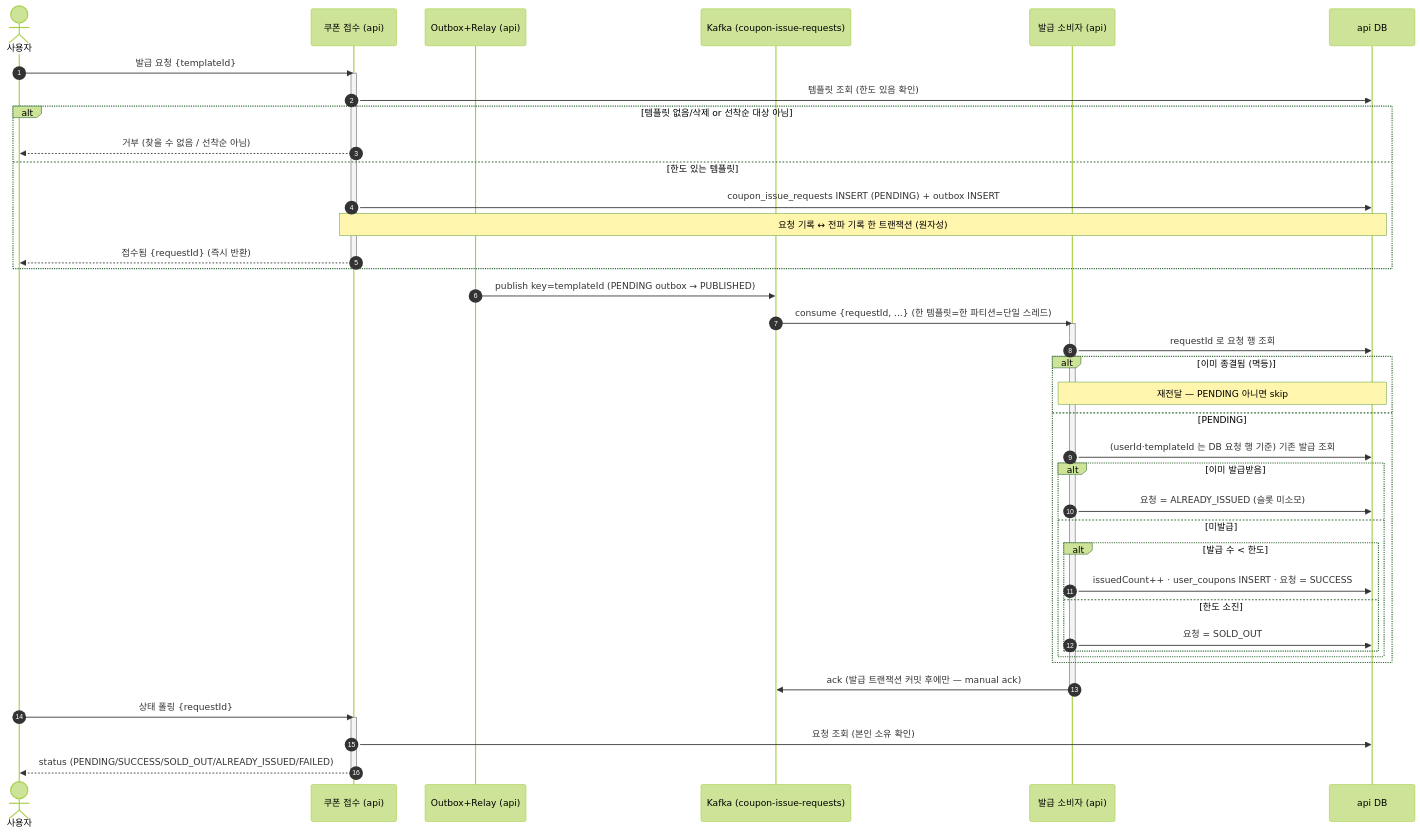
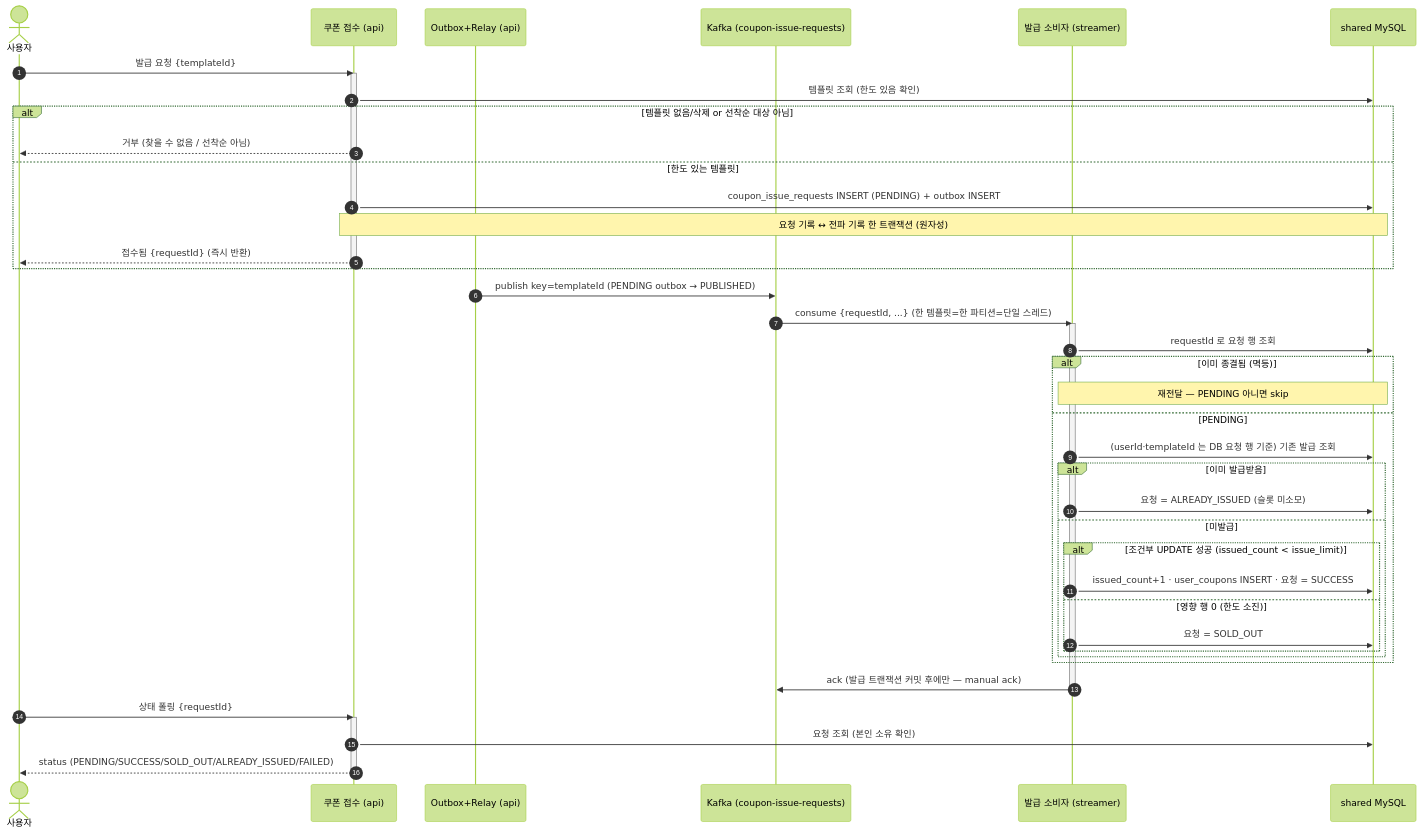
Before and after one commit to loopers-labs/loop-pack-be-l2-vol4-java: diagram 12 of 12 in docs/week2/02-sequence-diagrams.md, drawn with Mermaid (forest theme). The commit also changed other lines of this file and 3 other files, not shown here.

````diff
--- a/docs/week2/02-sequence-diagrams.md
+++ b/docs/week2/02-sequence-diagrams.md
@@ -583,49 +583,49 @@
 ```mermaid
 sequenceDiagram
     autonumber
     actor U as 사용자
     participant A as 쿠폰 접수 (api)
     participant OB as Outbox+Relay (api)
     participant K as Kafka (coupon-issue-requests)
-    participant CC as 발급 소비자 (api)
-    participant DB as api DB
+    participant CC as 발급 소비자 (streamer)
+    participant DB as shared MySQL
 
     U->>A: 발급 요청 {templateId}
     activate A
     A->>DB: 템플릿 조회 (한도 있음 확인)
     alt 템플릿 없음/삭제 or 선착순 대상 아님
         A-->>U: 거부 (찾을 수 없음 / 선착순 아님)
     else 한도 있는 템플릿
         A->>DB: coupon_issue_requests INSERT (PENDING) + outbox INSERT
         Note over A,DB: 요청 기록 ↔ 전파 기록 한 트랜잭션 (원자성)
         A-->>U: 접수됨 {requestId} (즉시 반환)
     end
     deactivate A
 
     OB->>K: publish key=templateId (PENDING outbox → PUBLISHED)
     K->>CC: consume {requestId, ...} (한 템플릿=한 파티션=단일 스레드)
     activate CC
     CC->>DB: requestId 로 요청 행 조회
     alt 이미 종결됨 (멱등)
         Note over CC,DB: 재전달 — PENDING 아니면 skip
     else PENDING
         CC->>DB: (userId·templateId 는 DB 요청 행 기준) 기존 발급 조회
         alt 이미 발급받음
             CC->>DB: 요청 = ALREADY_ISSUED (슬롯 미소모)
         else 미발급
-            alt 발급 수 < 한도
-                CC->>DB: issuedCount++ · user_coupons INSERT · 요청 = SUCCESS
-            else 한도 소진
+            alt 조건부 UPDATE 성공 (issued_count < issue_limit)
+                CC->>DB: issued_count+1 · user_coupons INSERT · 요청 = SUCCESS
+            else 영향 행 0 (한도 소진)
                 CC->>DB: 요청 = SOLD_OUT
             end
         end
     end
     CC->>K: ack (발급 트랜잭션 커밋 후에만 — manual ack)
     deactivate CC
 
     U->>A: 상태 폴링 {requestId}
     activate A
     A->>DB: 요청 조회 (본인 소유 확인)
     A-->>U: status (PENDING/SUCCESS/SOLD_OUT/ALREADY_ISSUED/FAILED)
     deactivate A
 ```
````
